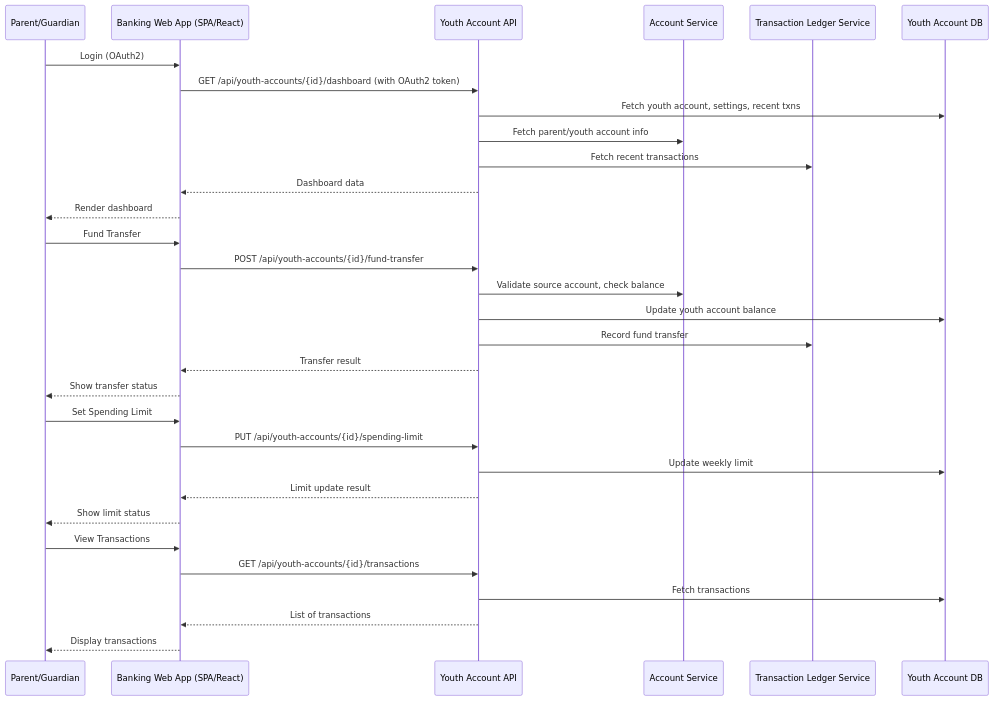
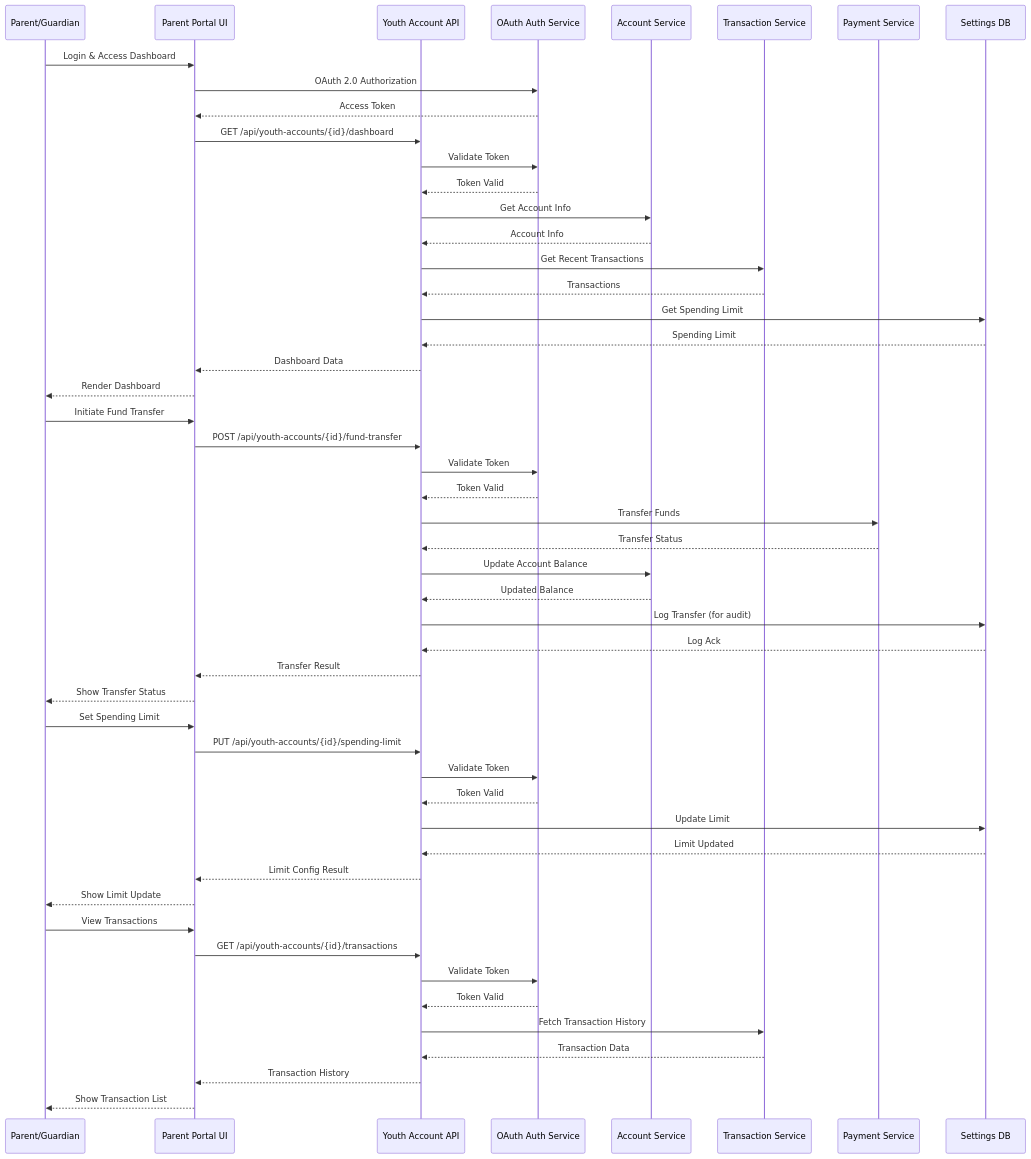
One commit to Ascend-Krithi/SCIB-Inception changed the diagram in Components and Sequence Diagrams/sequence_diagram.mmd. Above: the diagram before and after it, drawn with Mermaid. The commit also changed 1 other file, not shown here.

```diff
--- a/Components and Sequence Diagrams/sequence_diagram.mmd
+++ b/Components and Sequence Diagrams/sequence_diagram.mmd
@@ -1,36 +1,56 @@
-%% Sequence Diagram for Youth Account Management APIs
+%% Youth Account Management Sequence Diagram (Mermaid)
 sequenceDiagram
     participant Parent as Parent/Guardian
-    participant WebApp as Banking Web App (SPA/React)
+    participant UI as Parent Portal UI
     participant API as Youth Account API
+    participant Auth as OAuth Auth Service
     participant AccountSvc as Account Service
-    participant TxnSvc as Transaction Ledger Service
-    participant DB as Youth Account DB
+    participant TransSvc as Transaction Service
+    participant PaymentSvc as Payment Service
+    participant SettingsDB as Settings DB
 
-    Parent->>WebApp: Login (OAuth2)
-    WebApp->>API: GET /api/youth-accounts/{id}/dashboard (with OAuth2 token)
-    API->>DB: Fetch youth account, settings, recent txns
-    API->>AccountSvc: Fetch parent/youth account info
-    API->>TxnSvc: Fetch recent transactions
-    API-->>WebApp: Dashboard data
-    WebApp-->>Parent: Render dashboard
+    Parent->>UI: Login & Access Dashboard
+    UI->>Auth: OAuth 2.0 Authorization
+    Auth-->>UI: Access Token
+    UI->>API: GET /api/youth-accounts/{id}/dashboard
+    API->>Auth: Validate Token
+    Auth-->>API: Token Valid
+    API->>AccountSvc: Get Account Info
+    AccountSvc-->>API: Account Info
+    API->>TransSvc: Get Recent Transactions
+    TransSvc-->>API: Transactions
+    API->>SettingsDB: Get Spending Limit
+    SettingsDB-->>API: Spending Limit
+    API-->>UI: Dashboard Data
+    UI-->>Parent: Render Dashboard
 
-    Parent->>WebApp: Fund Transfer
-    WebApp->>API: POST /api/youth-accounts/{id}/fund-transfer
-    API->>AccountSvc: Validate source account, check balance
-    API->>DB: Update youth account balance
-    API->>TxnSvc: Record fund transfer
-    API-->>WebApp: Transfer result
-    WebApp-->>Parent: Show transfer status
+    Parent->>UI: Initiate Fund Transfer
+    UI->>API: POST /api/youth-accounts/{id}/fund-transfer
+    API->>Auth: Validate Token
+    Auth-->>API: Token Valid
+    API->>PaymentSvc: Transfer Funds
+    PaymentSvc-->>API: Transfer Status
+    API->>AccountSvc: Update Account Balance
+    AccountSvc-->>API: Updated Balance
+    API->>SettingsDB: Log Transfer (for audit)
+    SettingsDB-->>API: Log Ack
+    API-->>UI: Transfer Result
+    UI-->>Parent: Show Transfer Status
 
-    Parent->>WebApp: Set Spending Limit
-    WebApp->>API: PUT /api/youth-accounts/{id}/spending-limit
-    API->>DB: Update weekly limit
-    API-->>WebApp: Limit update result
-    WebApp-->>Parent: Show limit status
+    Parent->>UI: Set Spending Limit
+    UI->>API: PUT /api/youth-accounts/{id}/spending-limit
+    API->>Auth: Validate Token
+    Auth-->>API: Token Valid
+    API->>SettingsDB: Update Limit
+    SettingsDB-->>API: Limit Updated
+    API-->>UI: Limit Config Result
+    UI-->>Parent: Show Limit Update
 
-    Parent->>WebApp: View Transactions
-    WebApp->>API: GET /api/youth-accounts/{id}/transactions
-    API->>DB: Fetch transactions
-    API-->>WebApp: List of transactions
-    WebApp-->>Parent: Display transactions
+    Parent->>UI: View Transactions
+    UI->>API: GET /api/youth-accounts/{id}/transactions
+    API->>Auth: Validate Token
+    Auth-->>API: Token Valid
+    API->>TransSvc: Fetch Transaction History
+    TransSvc-->>API: Transaction Data
+    API-->>UI: Transaction History
+    UI-->>Parent: Show Transaction List
```
